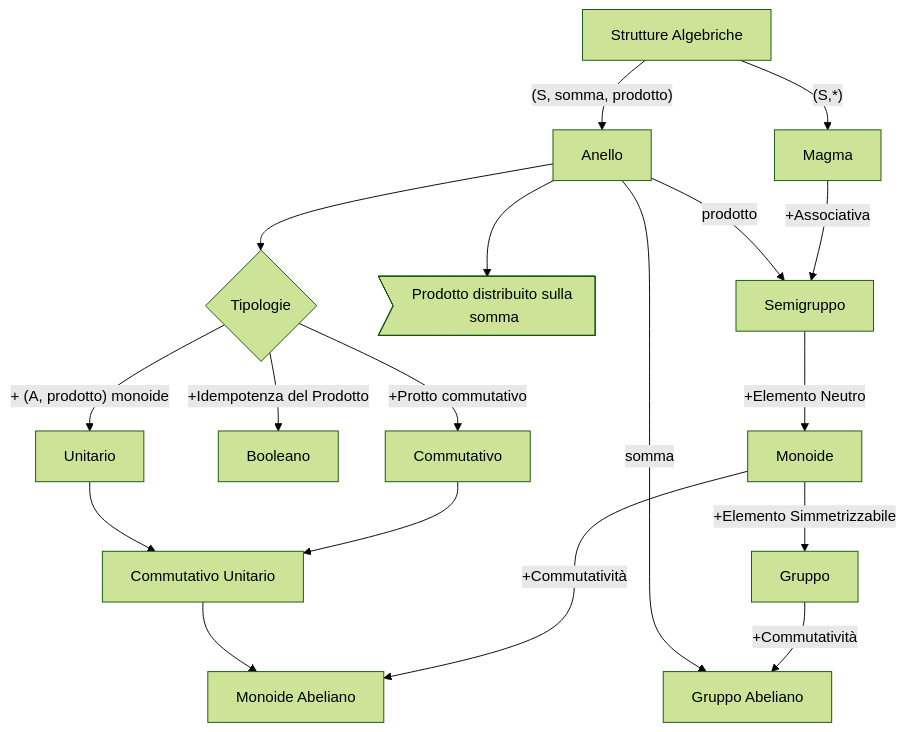
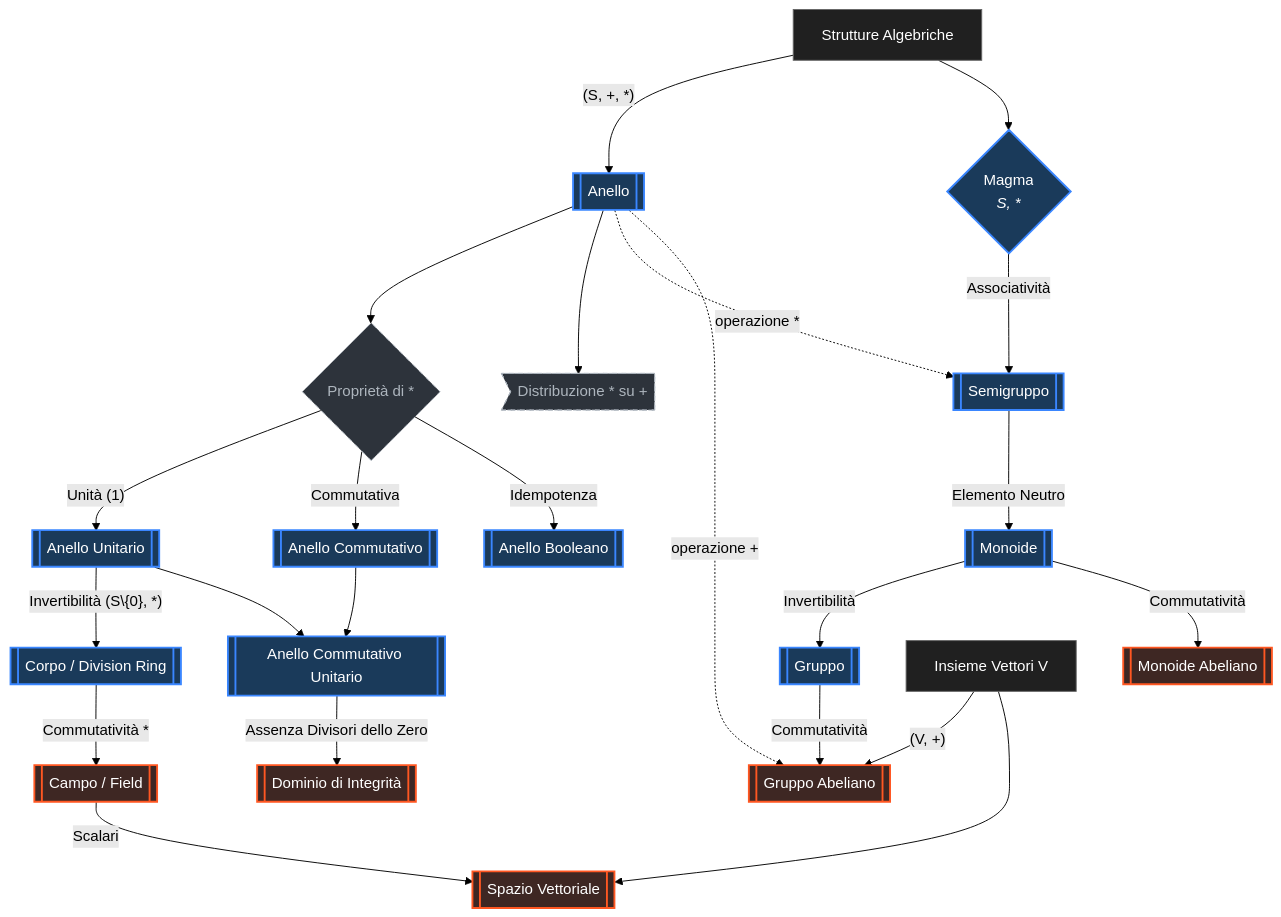
One commit to Fede-7/Notes changed the third of 3 diagrams in Obsidian Notes/1° Anno/ALGEBRA/Teoria Algebra.md. Above: the diagram before and after it, drawn with Mermaid (forest theme). The commit also changed 2 other files, not shown here.

Commit message:
Commit from PC on 19/02/2026, 13:29:14

````diff
--- a/Obsidian Notes/1° Anno/ALGEBRA/Teoria Algebra.md
+++ b/Obsidian Notes/1° Anno/ALGEBRA/Teoria Algebra.md
@@ -278,19 +278,54 @@
 ```mermaid
-flowchart TD
-Z1[Monoide Abeliano]
-Z2[Gruppo Abeliano]
+graph TD
+    %% Configurazione Grafica
+    accTitle: Mappa delle Strutture Algebriche
+    accDescr: Diagramma di flusso delle gerarchie algebriche da Magma a Spazio Vettoriale
 
-  A[Strutture Algebriche] --(S,*) --> B[Magma]
-  B -- +Associativa --> C[Semigruppo]
-	C -- +Elemento Neutro --> D[Monoide]-- +Commutatività --> Z1
-	D -- +Elemento Simmetrizzabile --> E[Gruppo]-- +Commutatività  --> Z2
-	
-	A -- (S, somma, prodotto) --> F[Anello]
-	F -- somma --> Z2
-	F -- prodotto --> C
-	F --> Z3>Prodotto distribuito sulla somma]
-	F --> FZ{Tipologie}
-	FZ -- +Idempotenza del Prodotto --> F2[Booleano] 
-	FZ -- +Protto commutativo --> F3[Commutativo] -->F5[Commutativo Unitario] --> Z1
-	FZ -- + (A, prodotto) monoide --> F4[Unitario] --> F5
+    %% Stili dei nodi
+    classDef default fill:#202020,stroke:#666,stroke-width:1px,color:#fff;
+    classDef struttura fill:#1a3a5a,stroke:#3a86ff,stroke-width:2px,color:#fff;
+    classDef proprieta fill:#2d333b,stroke:#adb5bd,stroke-dasharray: 5 5,color:#adb5bd;
+    classDef evidenza fill:#3e2723,stroke:#ff5722,stroke-width:2px,color:#fff;
+
+    %% --- RAMO OPERAZIONE SINGOLA (S, *) ---
+    A[Strutture Algebriche] --> B{Magma<br/><i>S, *</i>}:::struttura
+    
+    B -- "Associatività" --> C[[Semigruppo]]:::struttura
+    C -- "Elemento Neutro" --> D[[Monoide]]:::struttura
+    
+    D -- "Commutatività" --> Z1[[Monoide Abeliano]]:::evidenza
+    
+    D -- "Invertibilità" --> E[[Gruppo]]:::struttura
+    E -- "Commutatività" --> Z2[[Gruppo Abeliano]]:::evidenza
+
+    %% --- RAMO DOPPIA OPERAZIONE (S, +, *) ---
+    A -- "(S, +, *)" --> F[[Anello]]:::struttura
+    
+    F -.->|"operazione +"| Z2
+    F -.->|"operazione *"| C
+    F --> Distr>Distribuzione * su +]:::proprieta
+
+    F --> FZ{Proprietà di *}:::proprieta
+    
+    FZ -- "Idempotenza" --> F2[[Anello Booleano]]:::struttura
+    FZ -- "Commutativa" --> F3[[Anello Commutativo]]:::struttura
+    FZ -- "Unità (1)" --> F4[[Anello Unitario]]:::struttura
+    
+    F3 --> F5[[Anello Commutativo Unitario]]:::struttura
+    F4 --> F5
+    
+    F5 -- "Assenza Divisori dello Zero" --> F6[[Dominio di Integrità]]:::evidenza
+    
+    F4 -- "Invertibilità (S\{0}, *)" --> F7[[Corpo / Division Ring]]:::struttura
+    F7 -- "Commutatività *" --> F8[[Campo / Field]]:::evidenza
+
+    %% --- ESTENSIONE SPAZIO VETTORIALE ---
+    F8 -- "Scalari" --> F9[[Spazio Vettoriale]]:::evidenza
+    Vettori[Insieme Vettori V] --> F9
+    Vettori -- "(V, +)" --> Z2
+
+    %% Note per Obsidian
+    click C "[[Semigruppo]]" "Vai alla nota Semigruppo"
+    click E "[[Gruppo]]" "Vai alla nota Gruppo"
+    click F8 "[[Campo]]" "Vai alla nota Campo"
 ```
````
